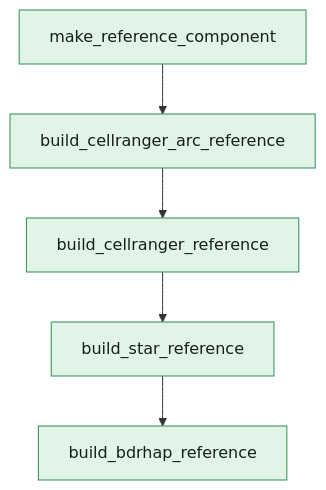
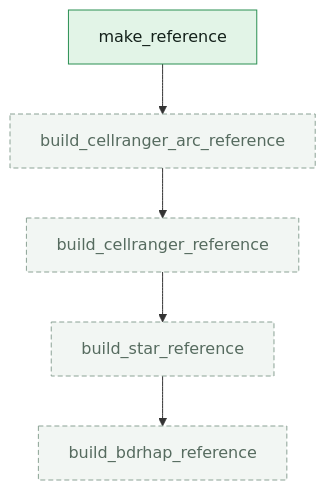
One commit to openpipelines-bio/openpipeline_docs changed the diagram in reference/openpipeline/v4.2.0/workflows/ingestion/make_reference.qmd. Above: the diagram before and after it, drawn with Mermaid. The commit also changed other lines of this file and 40 other files, not shown here.

````diff
--- a/reference/openpipeline/v4.2.0/workflows/ingestion/make_reference.qmd
+++ b/reference/openpipeline/v4.2.0/workflows/ingestion/make_reference.qmd
@@ -139,17 +139,17 @@
 ```{mermaid}
 flowchart TB
-    v111["build_star_reference"]
-    v142["build_bdrhap_reference"]
-    v18["make_reference_component"]
-    v49["build_cellranger_arc_reference"]
-    v80["build_cellranger_reference"]
-    v111 --> v142
-    v18 --> v49
-    v49 --> v80
-    v80 --> v111
-    style v111 fill:#e2f4e7,stroke:#2b8f52,color:#13201a
-    style v142 fill:#e2f4e7,stroke:#2b8f52,color:#13201a
-    style v18 fill:#e2f4e7,stroke:#2b8f52,color:#13201a
-    style v49 fill:#e2f4e7,stroke:#2b8f52,color:#13201a
-    style v80 fill:#e2f4e7,stroke:#2b8f52,color:#13201a
+    c_reference_build_bdrhap_reference["build_bdrhap_reference"]
+    c_reference_build_cellranger_arc_reference["build_cellranger_arc_reference"]
+    c_reference_build_cellranger_reference["build_cellranger_reference"]
+    c_reference_build_star_reference["build_star_reference"]
+    c_reference_make_reference["make_reference"]
+    c_reference_build_cellranger_arc_reference --> c_reference_build_cellranger_reference
+    c_reference_build_cellranger_reference --> c_reference_build_star_reference
+    c_reference_build_star_reference --> c_reference_build_bdrhap_reference
+    c_reference_make_reference --> c_reference_build_cellranger_arc_reference
+    style c_reference_build_bdrhap_reference fill:#f2f6f3,stroke:#8ba295,stroke-dasharray:5 3,color:#566b5f
+    style c_reference_build_cellranger_arc_reference fill:#f2f6f3,stroke:#8ba295,stroke-dasharray:5 3,color:#566b5f
+    style c_reference_build_cellranger_reference fill:#f2f6f3,stroke:#8ba295,stroke-dasharray:5 3,color:#566b5f
+    style c_reference_build_star_reference fill:#f2f6f3,stroke:#8ba295,stroke-dasharray:5 3,color:#566b5f
+    style c_reference_make_reference fill:#e2f4e7,stroke:#2b8f52,color:#13201a
 ```
````
